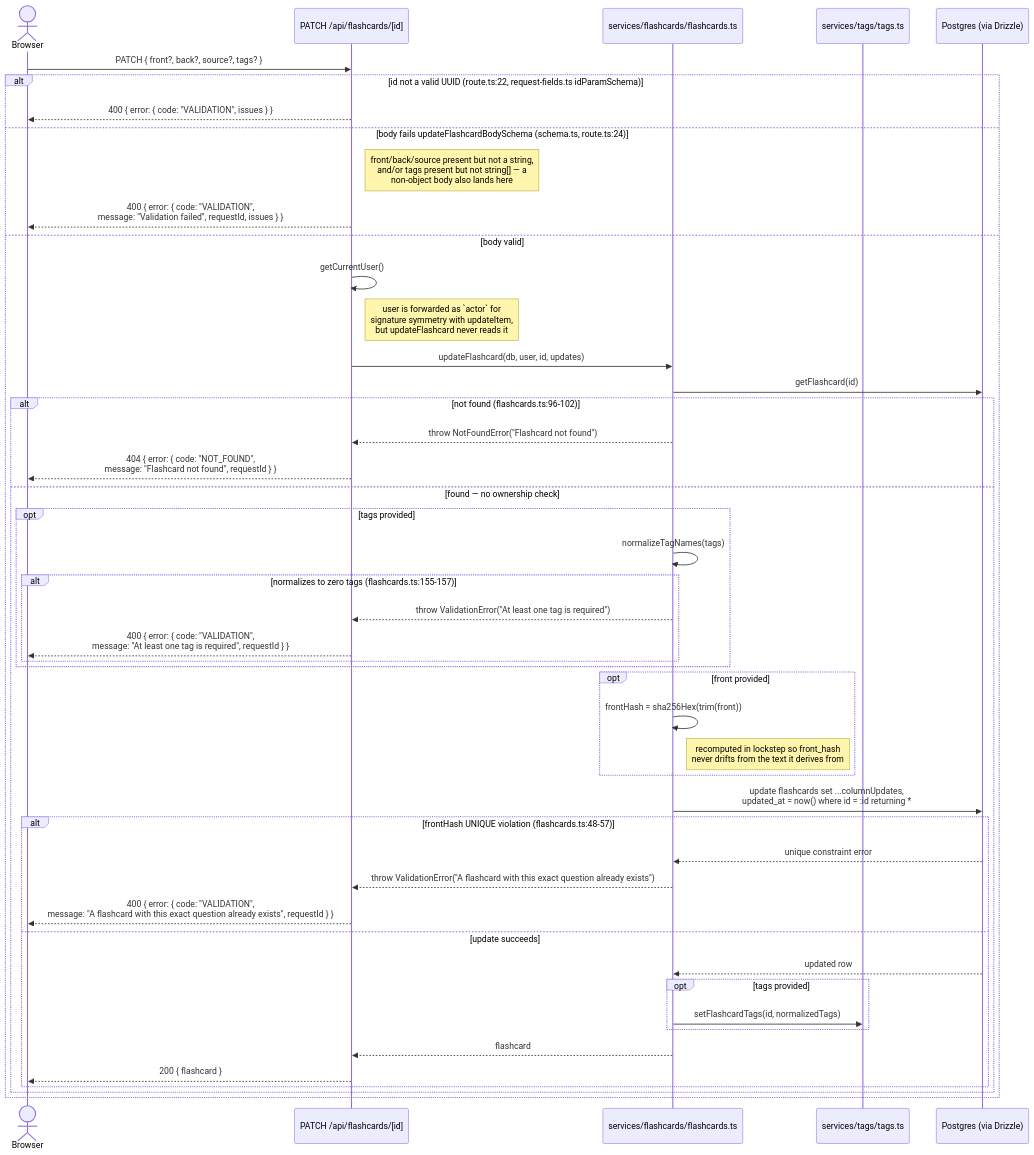
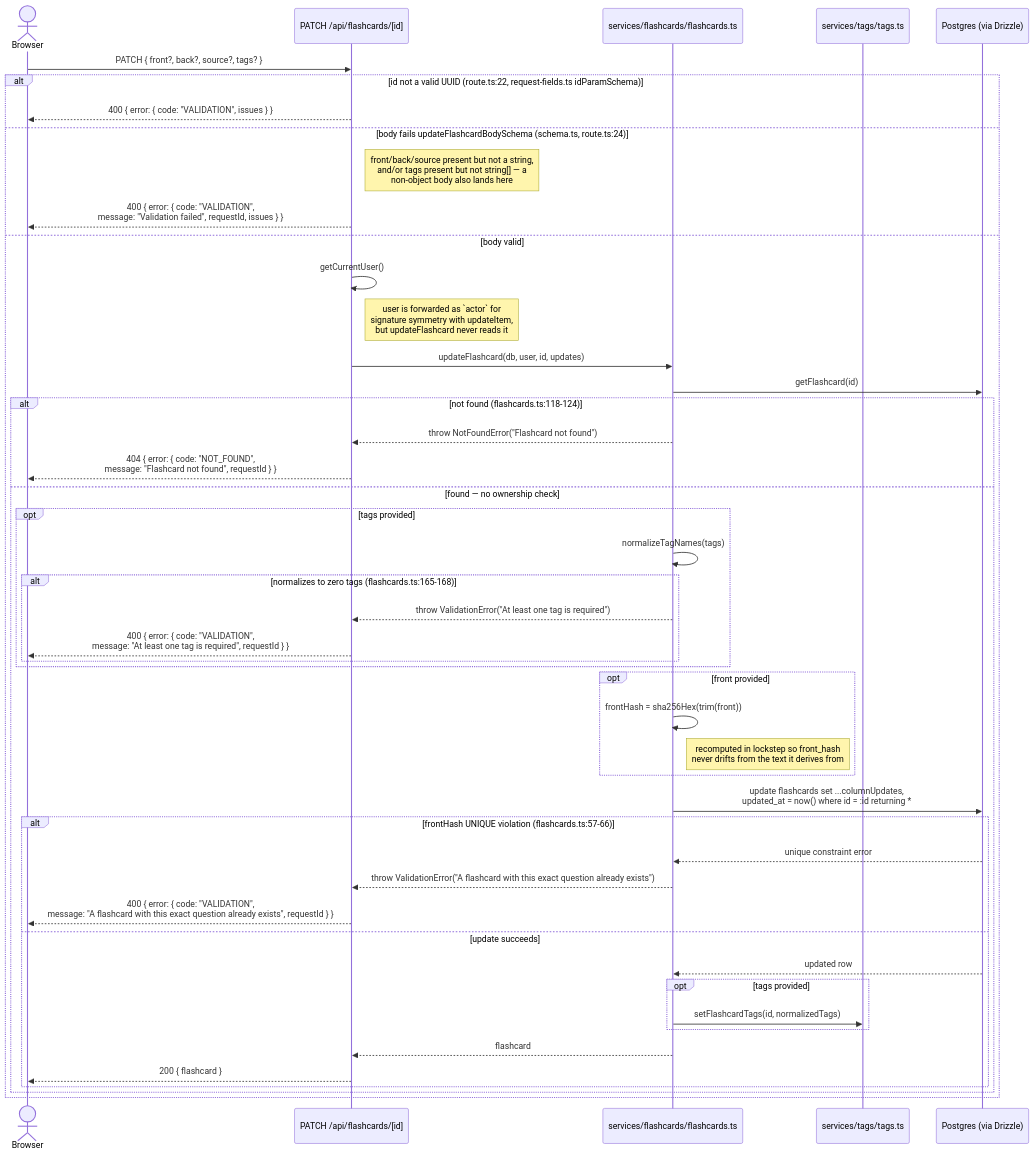
Before and after one commit to sgspinola/pensieve: the second of 3 diagrams in docs/flows/flashcard-lifecycle.md, drawn with Mermaid. The commit also changed other lines of this file and 43 other files, not shown here.

````diff
--- a/docs/flows/flashcard-lifecycle.md
+++ b/docs/flows/flashcard-lifecycle.md
@@ -90,50 +91,50 @@
 ```mermaid
 sequenceDiagram
     actor Browser
     participant Route as PATCH /api/flashcards/[id]
     participant Svc as services/flashcards/flashcards.ts
     participant TagsSvc as services/tags/tags.ts
     participant DB as Postgres (via Drizzle)
 
     Browser->>Route: PATCH { front?, back?, source?, tags? }
     alt id not a valid UUID (route.ts:22, request-fields.ts idParamSchema)
         Route-->>Browser: 400 { error: { code: "VALIDATION", issues } }
     else body fails updateFlashcardBodySchema (schema.ts, route.ts:24)
         Note right of Route: front/back/source present but not a string,<br/>and/or tags present but not string[] — a<br/>non-object body also lands here
         Route-->>Browser: 400 { error: { code: "VALIDATION",<br/>message: "Validation failed", requestId, issues } }
     else body valid
         Route->>Route: getCurrentUser()
         Note right of Route: user is forwarded as `actor` for<br/>signature symmetry with updateItem,<br/>but updateFlashcard never reads it
         Route->>Svc: updateFlashcard(db, user, id, updates)
         Svc->>DB: getFlashcard(id)
-        alt not found (flashcards.ts:96-102)
+        alt not found (flashcards.ts:118-124)
             Svc-->>Route: throw NotFoundError("Flashcard not found")
             Route-->>Browser: 404 { error: { code: "NOT_FOUND",<br/>message: "Flashcard not found", requestId } }
         else found — no ownership check
             opt tags provided
                 Svc->>Svc: normalizeTagNames(tags)
-                alt normalizes to zero tags (flashcards.ts:155-157)
+                alt normalizes to zero tags (flashcards.ts:165-168)
                     Svc-->>Route: throw ValidationError("At least one tag is required")
                     Route-->>Browser: 400 { error: { code: "VALIDATION",<br/>message: "At least one tag is required", requestId } }
                 end
             end
             opt front provided
                 Svc->>Svc: frontHash = sha256Hex(trim(front))
                 Note right of Svc: recomputed in lockstep so front_hash<br/>never drifts from the text it derives from
             end
             Svc->>DB: update flashcards set ...columnUpdates,<br/>updated_at = now() where id = :id returning *
-            alt frontHash UNIQUE violation (flashcards.ts:48-57)
+            alt frontHash UNIQUE violation (flashcards.ts:57-66)
                 DB-->>Svc: unique constraint error
                 Svc-->>Route: throw ValidationError("A flashcard with this exact question already exists")
                 Route-->>Browser: 400 { error: { code: "VALIDATION",<br/>message: "A flashcard with this exact question already exists", requestId } }
             else update succeeds
                 DB-->>Svc: updated row
                 opt tags provided
                     Svc->>TagsSvc: setFlashcardTags(id, normalizedTags)
                 end
                 Svc-->>Route: flashcard
                 Route-->>Browser: 200 { flashcard }
             end
         end
     end
 ```
````
